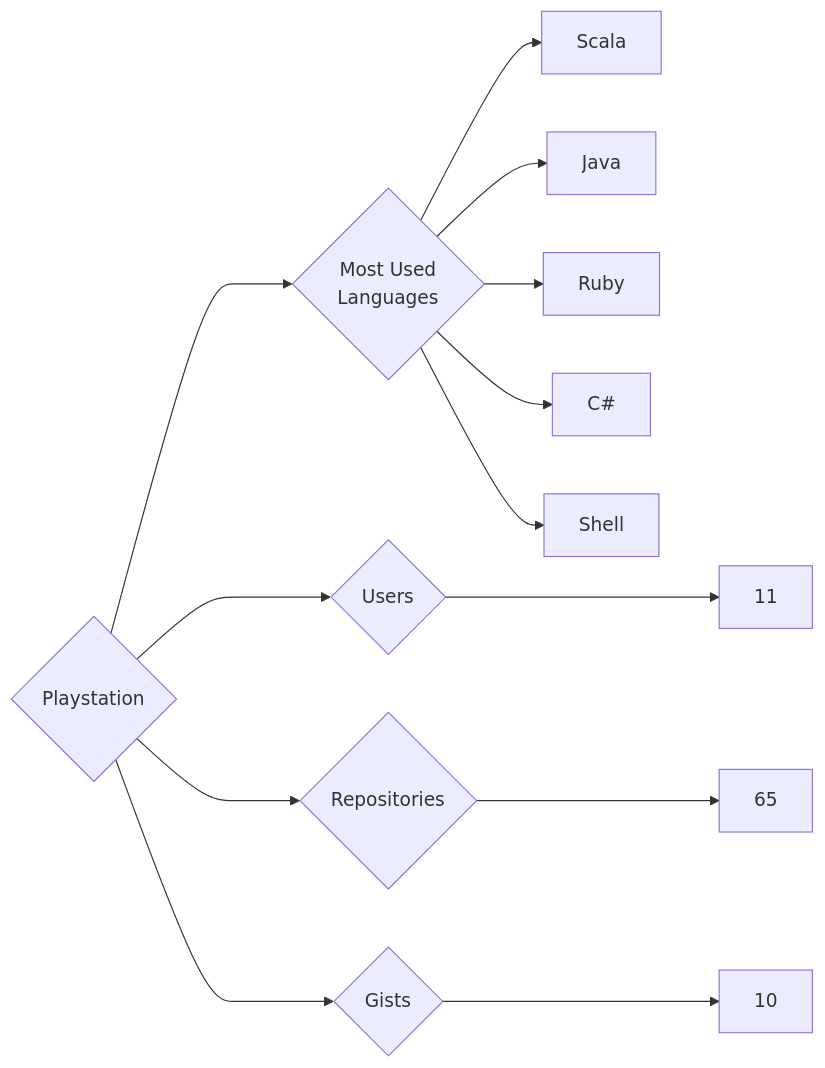
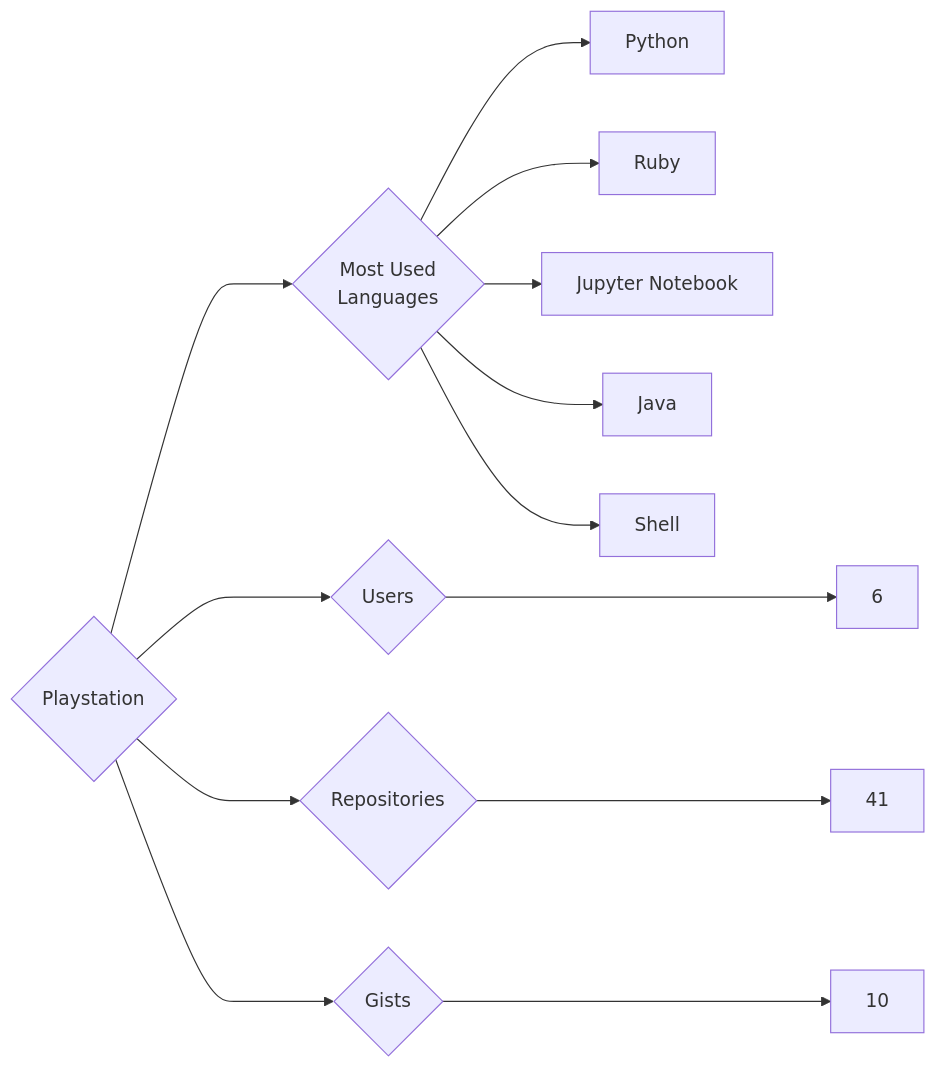
Before and after one commit to trickest/insiders: the diagram in targets/Playstation/README.md, drawn with Mermaid. The commit also changed 851 other files, not shown here.

````diff
--- a/targets/Playstation/README.md
+++ b/targets/Playstation/README.md
@@ -3,13 +3,13 @@
 ```mermaid
 graph LR
 COMPANY_NAME{Playstation}
-COMPANY_NAME ---> U{Users} ---> UN[11]
-COMPANY_NAME ---> R{Repositories} ---> RN[65]
+COMPANY_NAME ---> U{Users} ---> UN[6]
+COMPANY_NAME ---> R{Repositories} ---> RN[41]
 COMPANY_NAME ---> G{Gists} ---> GN[10]
 COMPANY_NAME ---> ML{Most Used<br>Languages}
-ML --> Scala[Scala]
+ML --> Python[Python]
+ML --> Ruby[Ruby]
+ML --> Jupyter_Notebook[Jupyter Notebook]
 ML --> Java[Java]
-ML --> Ruby[Ruby]
-ML --> C#[C#]
 ML --> Shell[Shell]
 ```
````
